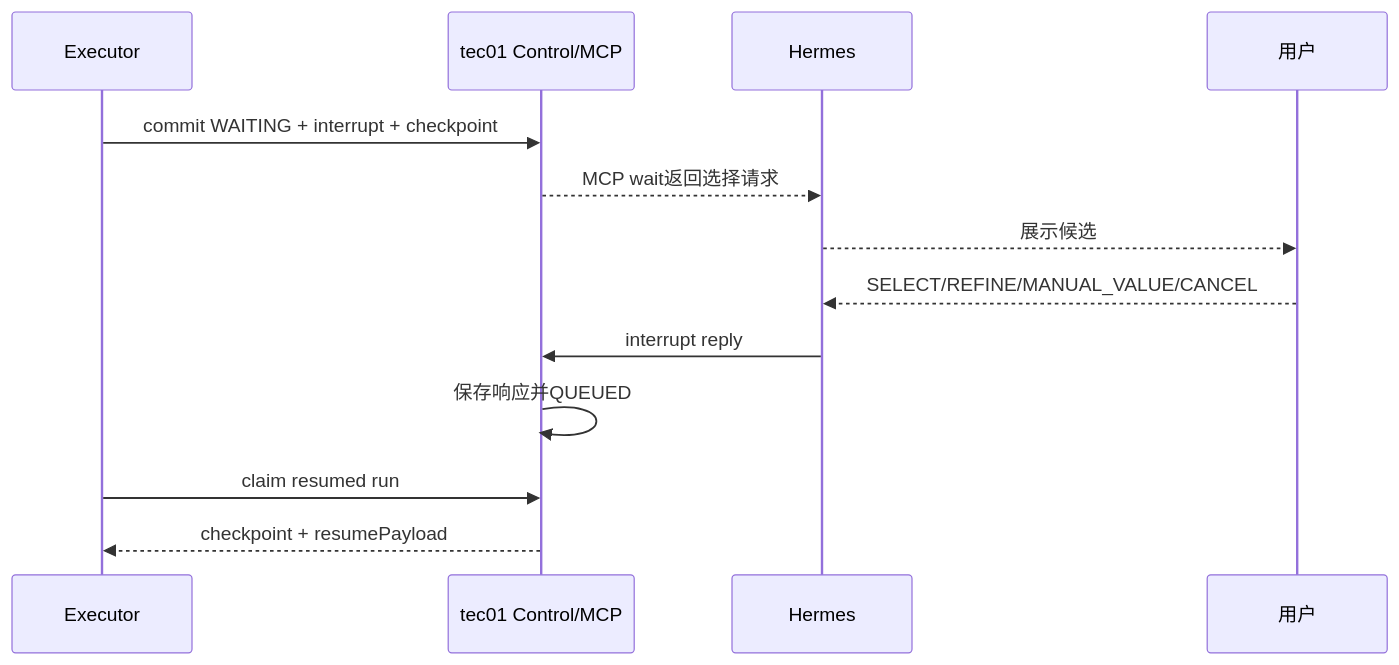
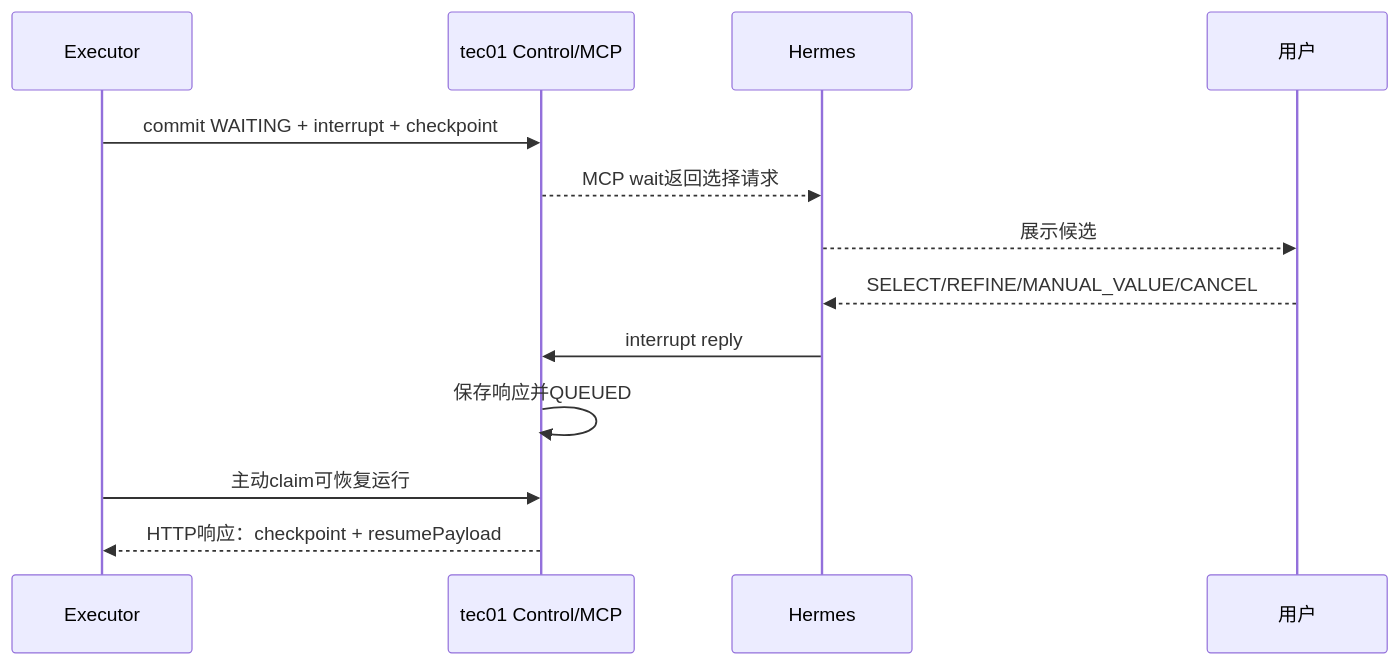
Before and after one commit to armin1024/itsm-workflow: the fourth of 4 diagrams in docs/tec01-integration-contract.md, drawn with Mermaid. The commit also changed other lines of this file and 1 other file, not shown here.

````diff
--- a/docs/tec01-integration-contract.md
+++ b/docs/tec01-integration-contract.md
@@ -793,15 +801,15 @@
 ```mermaid
 sequenceDiagram
     participant E as Executor
     participant T as tec01 Control/MCP
     participant H as Hermes
     participant U as 用户
     E->>T: commit WAITING + interrupt + checkpoint
     T-->>H: MCP wait返回选择请求
     H-->>U: 展示候选
     U-->>H: SELECT/REFINE/MANUAL_VALUE/CANCEL
     H->>T: interrupt reply
     T->>T: 保存响应并QUEUED
-    E->>T: claim resumed run
-    T-->>E: checkpoint + resumePayload
+    E->>T: 主动claim可恢复运行
+    T-->>E: HTTP响应：checkpoint + resumePayload
 ```
````
